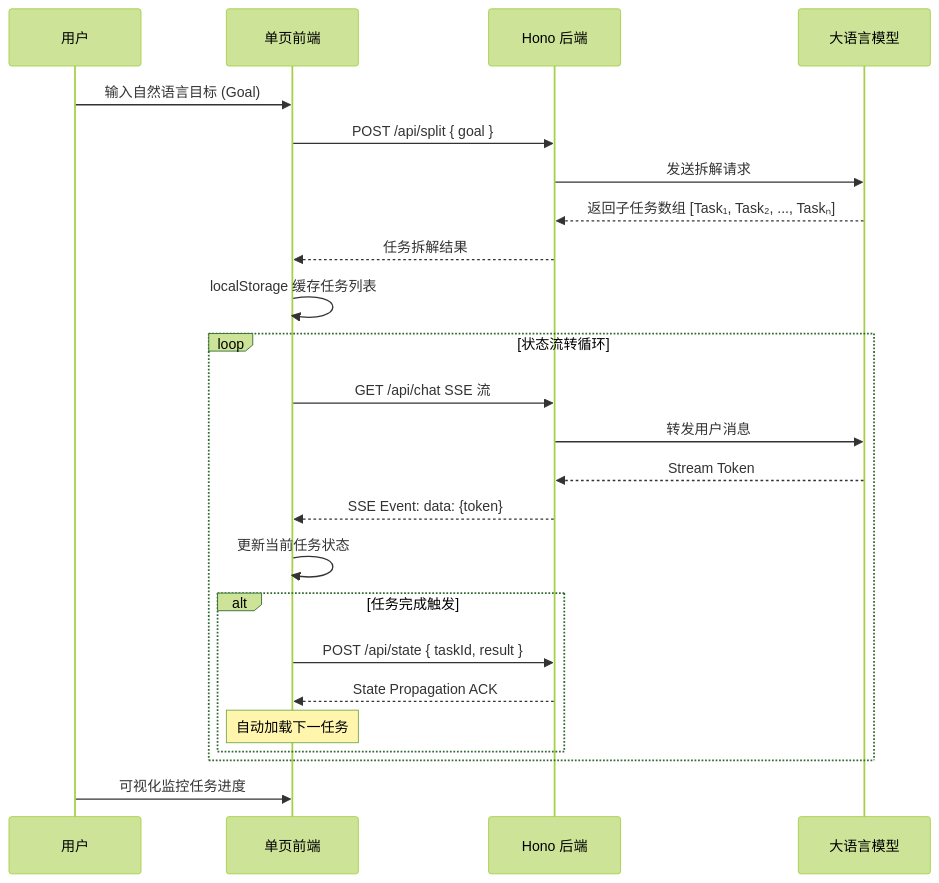
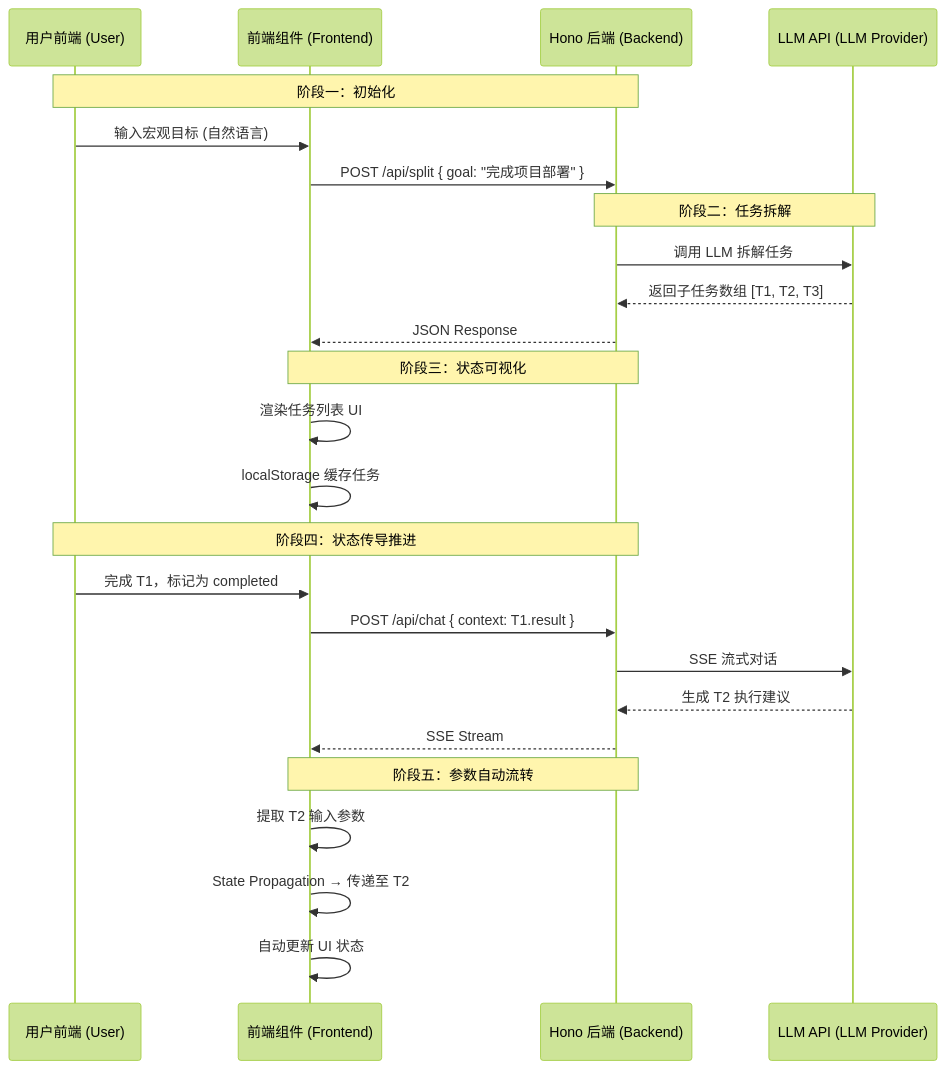
Before and after one commit to IntensiveCoLearning/AI-Web3-School: the third of 15 diagrams in notes/Minami-Bein.md, drawn with Mermaid (forest theme). The commit also changed other lines of this file, not shown here.

````diff
--- a/notes/Minami-Bein.md
+++ b/notes/Minami-Bein.md
@@ -525,30 +576,37 @@
 ```mermaid
 sequenceDiagram
-    participant User as 用户
-    participant SPA as 单页前端
-    participant Hono as Hono 后端
-    participant LLM as 大语言模型
-
-    User->>SPA: 输入自然语言目标 (Goal)
-    SPA->>Hono: POST /api/split { goal }
-    Hono->>LLM: 发送拆解请求
-    LLM-->>Hono: 返回子任务数组 [Task₁, Task₂, ..., Taskₙ]
-    Hono-->>SPA: 任务拆解结果
-    SPA->>SPA: localStorage 缓存任务列表
-
-    loop 状态流转循环
-        SPA->>Hono: GET /api/chat SSE 流
-        Hono->>LLM: 转发用户消息
-        LLM-->>Hono: Stream Token
-        Hono-->>SPA: SSE Event: data: {token}
-        SPA->>SPA: 更新当前任务状态
-
-        alt 任务完成触发
-            SPA->>Hono: POST /api/state { taskId, result }
-            Hono-->>SPA: State Propagation ACK
-            Note over SPA: 自动加载下一任务
-        end
-    end
-
-    User->>SPA: 可视化监控任务进度
+    participant U as 用户前端 (User)
+    participant F as 前端组件 (Frontend)
+    participant H as Hono 后端 (Backend)
+    participant L as LLM API (LLM Provider)
+    
+    Note over U,H: 阶段一：初始化
+    
+    U->>F: 输入宏观目标 (自然语言)
+    F->>H: POST /api/split { goal: "完成项目部署" }
+    
+    Note over H,L: 阶段二：任务拆解
+    
+    H->>L: 调用 LLM 拆解任务
+    L-->>H: 返回子任务数组 [T1, T2, T3]
+    H-->>F: JSON Response
+    
+    Note over F,H: 阶段三：状态可视化
+    
+    F->>F: 渲染任务列表 UI
+    F->>F: localStorage 缓存任务
+    
+    Note over U,H: 阶段四：状态传导推进
+    
+    U->>F: 完成 T1，标记为 completed
+    F->>H: POST /api/chat { context: T1.result }
+    H->>L: SSE 流式对话
+    L-->>H: 生成 T2 执行建议
+    H-->>F: SSE Stream
+    
+    Note over F,H: 阶段五：参数自动流转
+    
+    F->>F: 提取 T2 输入参数
+    F->>F: State Propagation → 传递至 T2
+    F->>F: 自动更新 UI 状态
 ```
````
